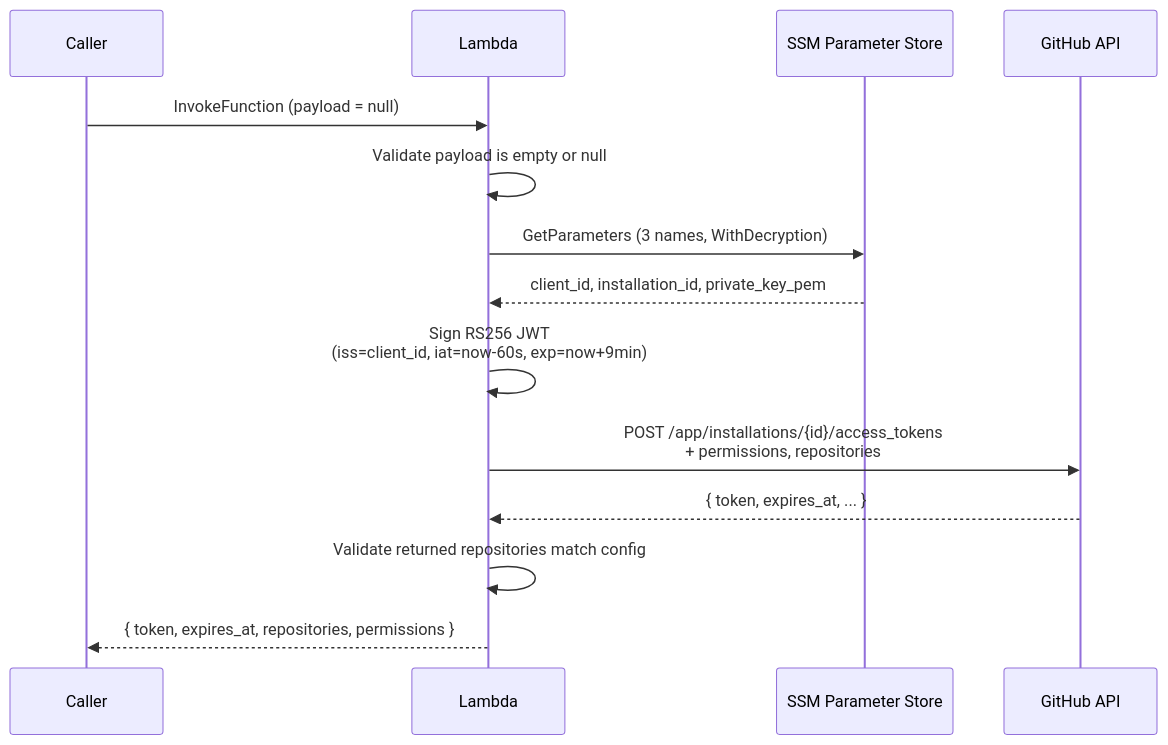
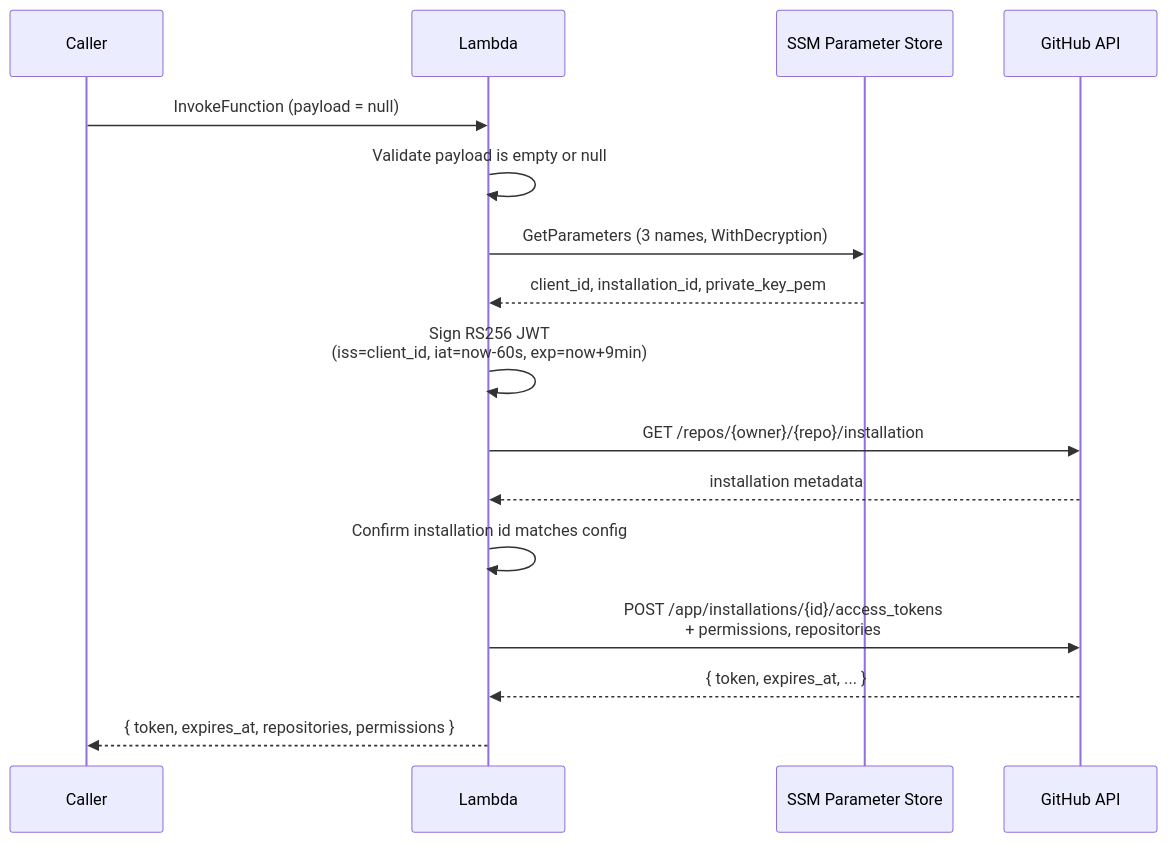
The second of 2 diagrams in docs/docs/explanation/architecture.md (meigma/github-token-broker), drawn with Mermaid before and after one commit. The commit also changed other lines of this file and 23 other files, not shown here.

````diff
--- a/docs/docs/explanation/architecture.md
+++ b/docs/docs/explanation/architecture.md
@@ -36,17 +36,19 @@
 ```mermaid
 sequenceDiagram
   participant C as Caller
   participant L as Lambda
   participant S as SSM Parameter Store
   participant G as GitHub API
 
   C->>L: InvokeFunction (payload = null)
   L->>L: Validate payload is empty or null
   L->>S: GetParameters (3 names, WithDecryption)
   S-->>L: client_id, installation_id, private_key_pem
   L->>L: Sign RS256 JWT<br/>(iss=client_id, iat=now-60s, exp=now+9min)
+  L->>G: GET /repos/{owner}/{repo}/installation
+  G-->>L: installation metadata
+  L->>L: Confirm installation id matches config
   L->>G: POST /app/installations/{id}/access_tokens<br/>+ permissions, repositories
   G-->>L: { token, expires_at, ... }
-  L->>L: Validate returned repositories match config
   L-->>C: { token, expires_at, repositories, permissions }
 ```
````
